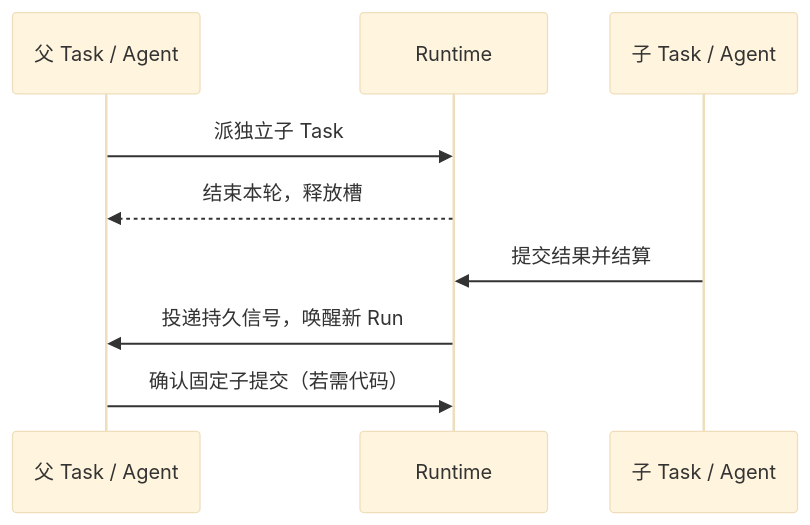
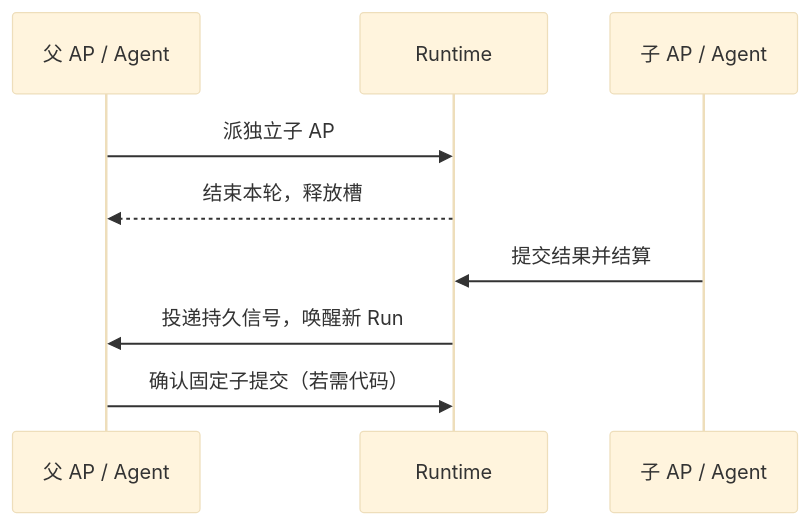
One commit to Loyage/lush changed the diagram in docs/engineering/execution-model.md. Above: the diagram before and after it, drawn with Mermaid (base theme). The commit also changed other lines of this file and 59 other files, not shown here.

First line of the commit message:
docs: Task 正式改名为 agent-process，正文统一用 AP

````diff
--- a/docs/engineering/execution-model.md
+++ b/docs/engineering/execution-model.md
@@ -11,11 +11,11 @@
 ```mermaid
 sequenceDiagram
-    participant P as 父 Task / Agent
+    participant P as 父 AP / Agent
     participant R as Runtime
-    participant C as 子 Task / Agent
-    P->>R: 派独立子 Task
+    participant C as 子 AP / Agent
+    P->>R: 派独立子 AP
     R-->>P: 结束本轮，释放槽
     C->>R: 提交结果并结算
     R->>P: 投递持久信号，唤醒新 Run
     P->>R: 确认固定子提交（若需代码）
 ```
````
